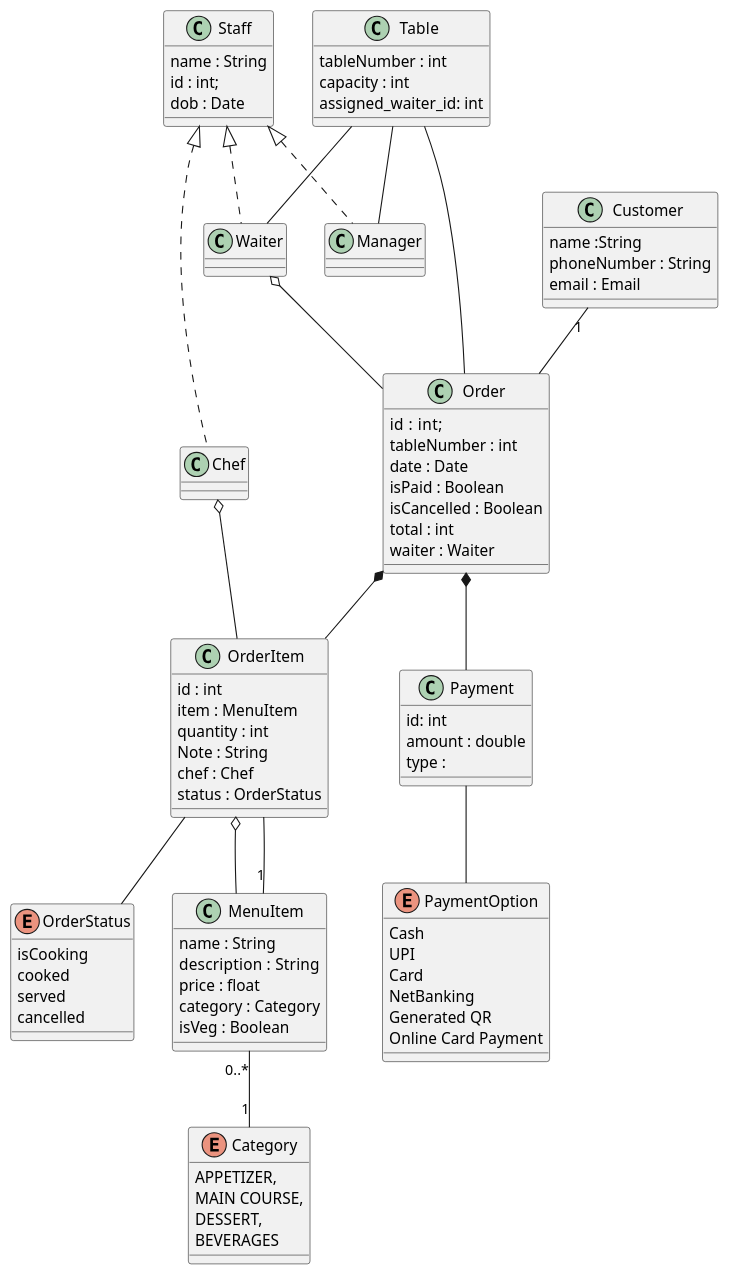
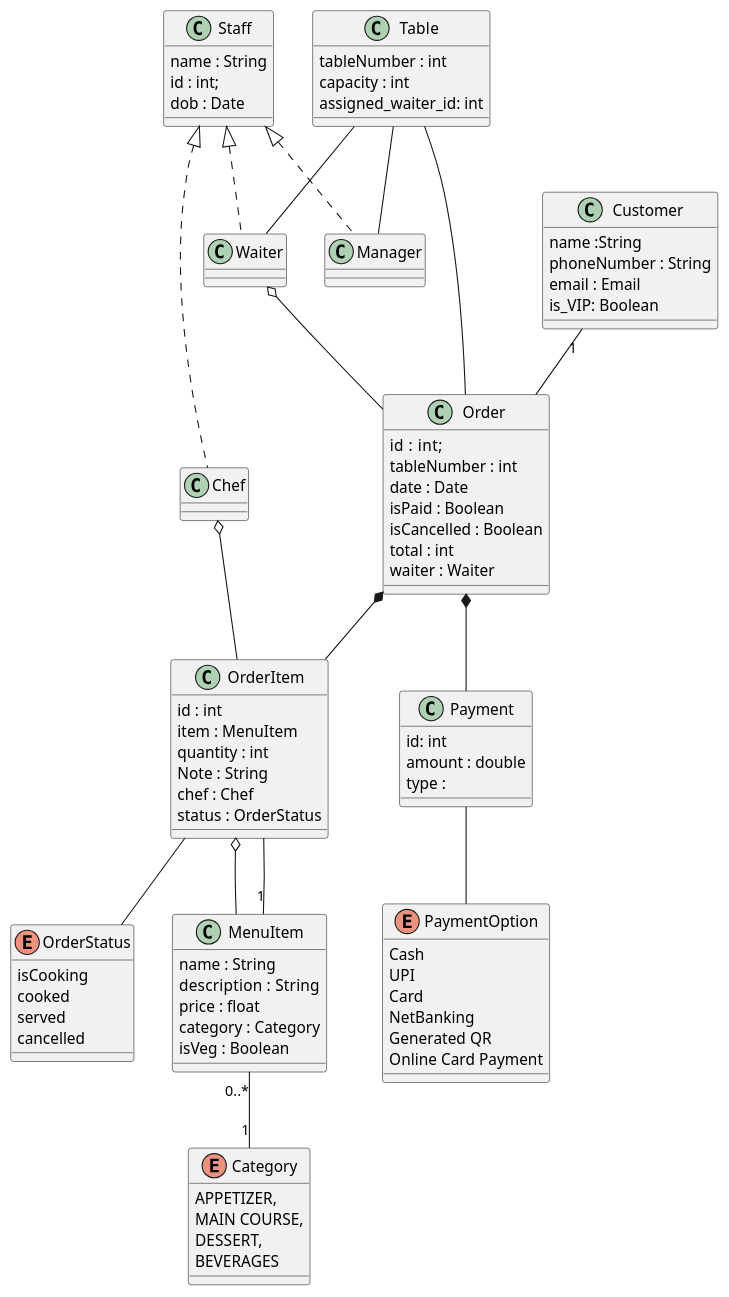
Before and after one commit to BITS-Smart/Smart-Restaurant: the diagram in UML Diagrams/class_diagram.puml, drawn with PlantUML.

Commit message:
is_VIP field added

```diff
--- a/UML Diagrams/class_diagram.puml
+++ b/UML Diagrams/class_diagram.puml
@@ -1,103 +1,104 @@
 @startuml
 class Staff {
   name : String
   id : int;
   dob : Date
 }
 
 class Manager {
 
 }
 
 class Waiter {
 }
 
 class Chef {
 }
 
 class Table {
     tableNumber : int
     capacity : int
     assigned_waiter_id: int
 }
 
 class Customer {
     name :String
     phoneNumber : String
     email : Email
+    is_VIP: Boolean
 }
 
 
 enum Category {
     APPETIZER,
     MAIN COURSE,
     DESSERT,
     BEVERAGES
 }
 class MenuItem{
     name : String
     description :  String
     price : float
     category : Category
     isVeg : Boolean
 }
 
 
 class Order{
     id :  int;
     tableNumber : int
     date : Date
     isPaid : Boolean
     isCancelled : Boolean
     total : int
     waiter : Waiter
 }
 
 enum OrderStatus{
     isCooking
     cooked
     served
     cancelled
 }
 class OrderItem{
     id : int
     item : MenuItem
     quantity : int
     Note : String
     chef : Chef
     status : OrderStatus
 }
 
 class Payment {
     id: int
     amount : double
     type : 
 }
 
 enum PaymentOption{
     Cash
     UPI
     Card
     NetBanking
     Generated QR
     Online Card Payment
 }
 
 Staff <|.. Manager
 Staff <|.. Waiter
 Staff <|.. Chef
 
 MenuItem "0..*" -- "1" Category
 Table -- Order
 Order *-- Payment
 Order *-- OrderItem
 Waiter o-- Order
 Chef o-- OrderItem
 Table -- Manager
 Table -- Waiter
 OrderItem -- OrderStatus
 OrderItem o-- MenuItem
 MenuItem "1" -- OrderItem
 Customer "1"-- Order
 Payment -- PaymentOption
 @enduml
```
